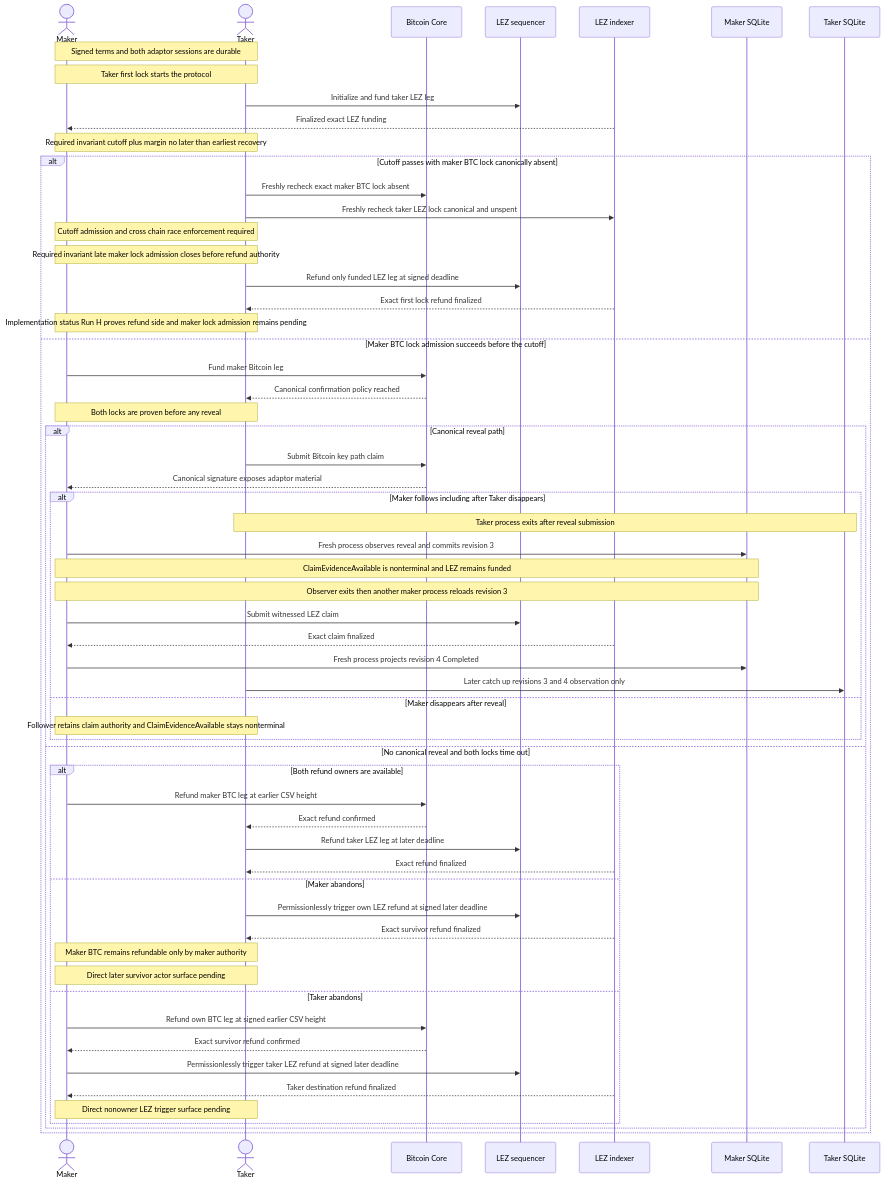
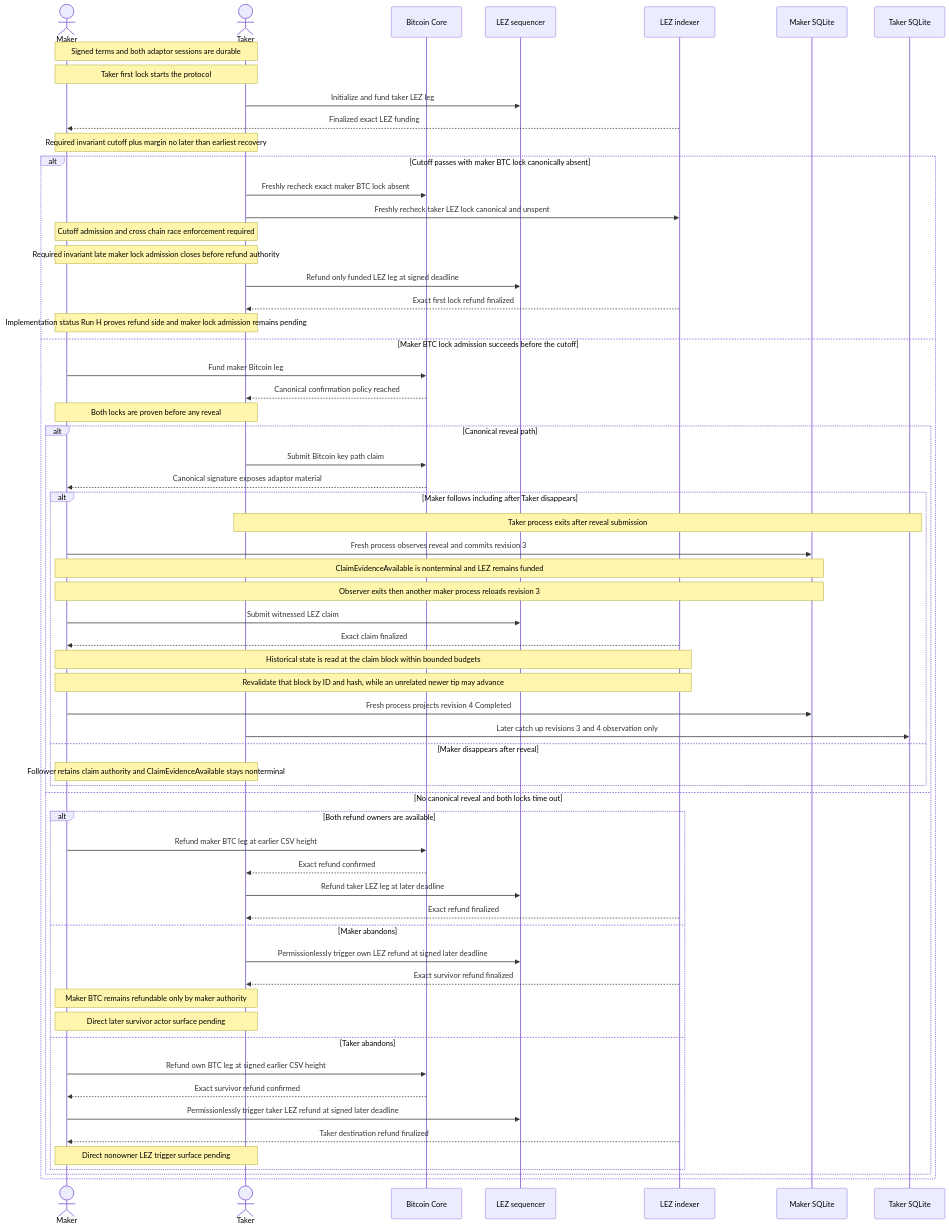
Before and after one commit to gateway-fm/lez-atomic-swaps: diagram 16 of 24 in docs/architecture/system-architecture.md, drawn with Mermaid. The commit also changed other lines of this file and 6 other files, not shown here.

````diff
--- a/docs/architecture/system-architecture.md
+++ b/docs/architecture/system-architecture.md
@@ -1570,63 +1587,65 @@
 ```mermaid
 sequenceDiagram
     actor Maker
     actor Taker
     participant Bitcoin as Bitcoin Core
     participant LezSeq as LEZ sequencer
     participant LezIdx as LEZ indexer
     participant MakerStore as Maker SQLite
     participant TakerStore as Taker SQLite
 
     Note over Maker,Taker: Signed terms and both adaptor sessions are durable
     Note over Maker,Taker: Taker first lock starts the protocol
     Taker->>LezSeq: Initialize and fund taker LEZ leg
     LezIdx-->>Maker: Finalized exact LEZ funding
     Note over Maker,Taker: Required invariant cutoff plus margin no later than earliest recovery
     alt Cutoff passes with maker BTC lock canonically absent
         Taker->>Bitcoin: Freshly recheck exact maker BTC lock absent
         Taker->>LezIdx: Freshly recheck taker LEZ lock canonical and unspent
         Note over Maker,Taker: Cutoff admission and cross chain race enforcement required
         Note over Maker,Taker: Required invariant late maker lock admission closes before refund authority
         Taker->>LezSeq: Refund only funded LEZ leg at signed deadline
         LezIdx-->>Taker: Exact first lock refund finalized
         Note over Maker,Taker: Implementation status Run H proves refund side and maker lock admission remains pending
     else Maker BTC lock admission succeeds before the cutoff
         Maker->>Bitcoin: Fund maker Bitcoin leg
         Bitcoin-->>Taker: Canonical confirmation policy reached
         Note over Maker,Taker: Both locks are proven before any reveal
         alt Canonical reveal path
             Taker->>Bitcoin: Submit Bitcoin key path claim
             Bitcoin-->>Maker: Canonical signature exposes adaptor material
             alt Maker follows including after Taker disappears
                 Note over Taker,TakerStore: Taker process exits after reveal submission
                 Maker->>MakerStore: Fresh process observes reveal and commits revision 3
                 Note over Maker,MakerStore: ClaimEvidenceAvailable is nonterminal and LEZ remains funded
                 Note over Maker,MakerStore: Observer exits then another maker process reloads revision 3
                 Maker->>LezSeq: Submit witnessed LEZ claim
                 LezIdx-->>Maker: Exact claim finalized
+                Note over Maker,LezIdx: Historical state is read at the claim block within bounded budgets
+                Note over Maker,LezIdx: Revalidate that block by ID and hash, while an unrelated newer tip may advance
                 Maker->>MakerStore: Fresh process projects revision 4 Completed
                 Taker->>TakerStore: Later catch up revisions 3 and 4 observation only
             else Maker disappears after reveal
                 Note over Maker,Taker: Follower retains claim authority and ClaimEvidenceAvailable stays nonterminal
             end
         else No canonical reveal and both locks time out
             alt Both refund owners are available
                 Maker->>Bitcoin: Refund maker BTC leg at earlier CSV height
                 Bitcoin-->>Taker: Exact refund confirmed
                 Taker->>LezSeq: Refund taker LEZ leg at later deadline
                 LezIdx-->>Taker: Exact refund finalized
             else Maker abandons
                 Taker->>LezSeq: Permissionlessly trigger own LEZ refund at signed later deadline
                 LezIdx-->>Taker: Exact survivor refund finalized
                 Note over Maker,Taker: Maker BTC remains refundable only by maker authority
                 Note over Maker,Taker: Direct later survivor actor surface pending
             else Taker abandons
                 Maker->>Bitcoin: Refund own BTC leg at signed earlier CSV height
                 Bitcoin-->>Maker: Exact survivor refund confirmed
                 Maker->>LezSeq: Permissionlessly trigger taker LEZ refund at signed later deadline
                 LezIdx-->>Maker: Taker destination refund finalized
                 Note over Maker,Taker: Direct nonowner LEZ trigger surface pending
             end
         end
     end
 ```
````
